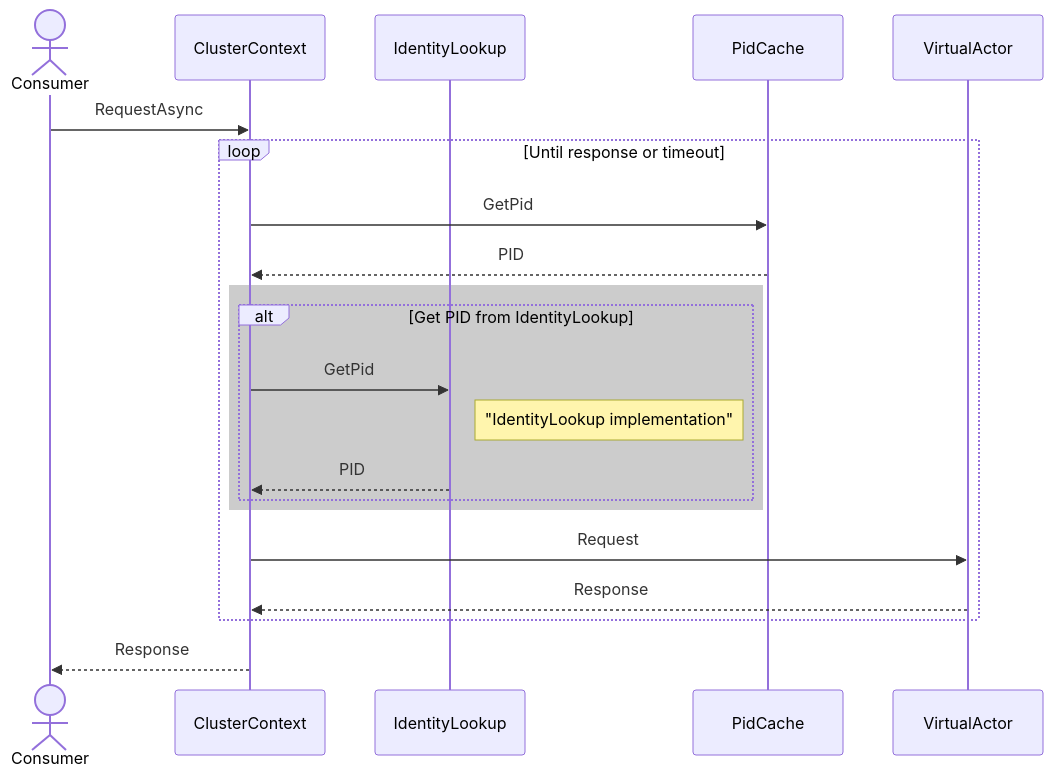
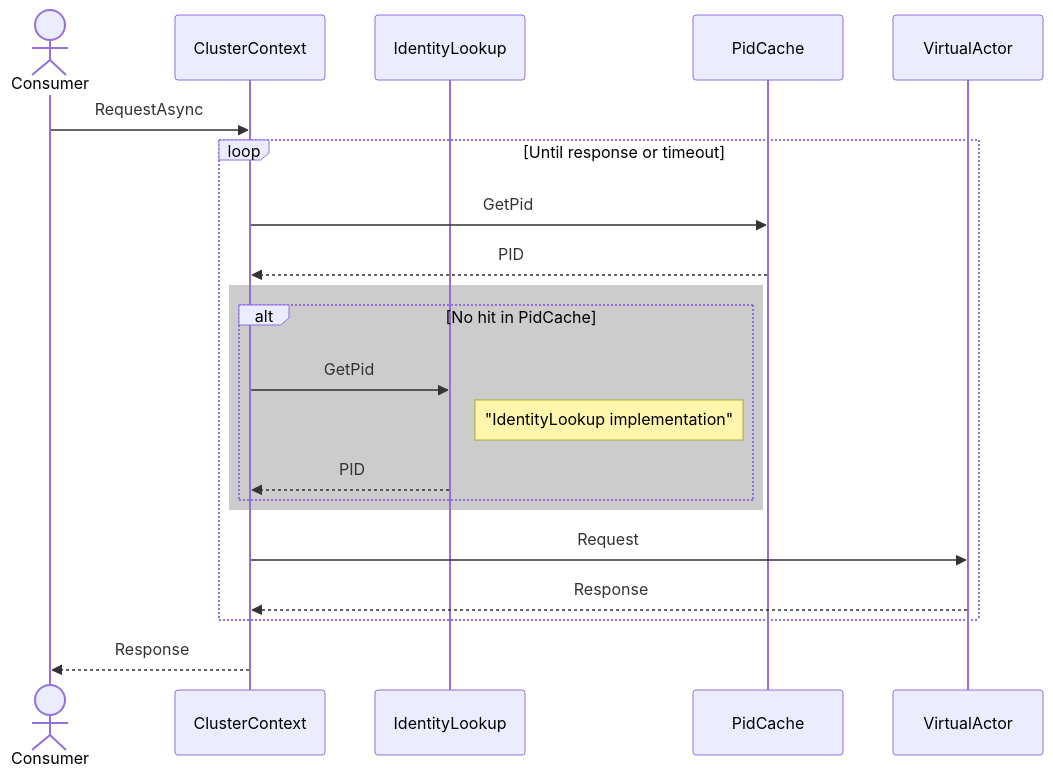
Before and after one commit to asynkron/protoactor-website: the first of 2 diagrams in hugo/content/docs/cluster/db-identity-lookup.md, drawn with Mermaid.

````diff
--- a/hugo/content/docs/cluster/db-identity-lookup.md
+++ b/hugo/content/docs/cluster/db-identity-lookup.md
@@ -16,25 +16,25 @@
 ```mermaid
 sequenceDiagram
 
     actor Consumer
     participant ClusterContext
     participant IdentityLookup
     participant PidCache
     participant VirtualActor
 
     Consumer->>ClusterContext: RequestAsync
     loop Until response or timeout
         ClusterContext->>PidCache: GetPid
         PidCache-->>ClusterContext: PID
         rect rgba(0, 0, 0, 0.2)
-            alt Get PID from IdentityLookup
+            alt No hit in PidCache
                 ClusterContext->>IdentityLookup: GetPid
                 note right of IdentityLookup: "IdentityLookup implementation"
                 IdentityLookup-->>ClusterContext: PID
             end
         end
         ClusterContext->>VirtualActor: Request
         VirtualActor-->>ClusterContext: Response
     end
     ClusterContext-->>Consumer: Response
 ```
````
